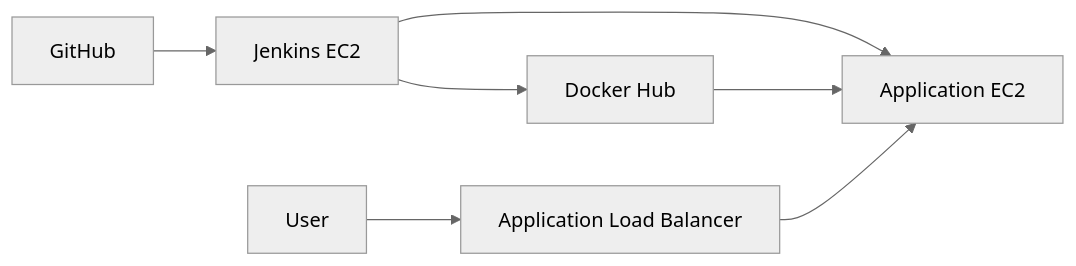
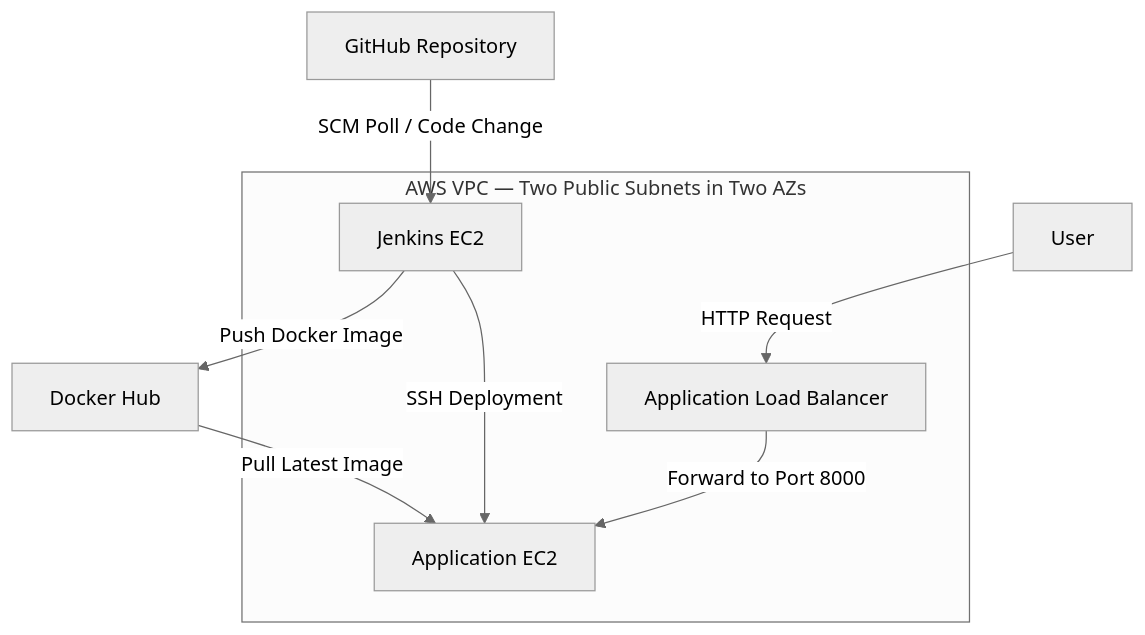
Before and after one commit to mahmood-khalaila/cloudship: the diagram in README.md, drawn with Mermaid (neutral theme).

Commit message:
docs: refine architecture diagram

````diff
--- a/README.md
+++ b/README.md
@@ -7,9 +7,20 @@
 ```mermaid
-flowchart LR
-    GitHub["GitHub"] --> Jenkins["Jenkins EC2"]
-    Jenkins --> DockerHub["Docker Hub"]
-    Jenkins --> App["Application EC2"]
-    DockerHub --> App
-    User["User"] --> ALB["Application Load Balancer"]
-    ALB --> App
+flowchart TB
+    GitHub["GitHub Repository"]
+
+    subgraph VPC["AWS VPC — Two Public Subnets in Two AZs"]
+        Jenkins["Jenkins EC2"]
+        ALB["Application Load Balancer"]
+        App["Application EC2"]
+    end
+
+    DockerHub["Docker Hub"]
+    User["User"]
+
+    GitHub -->|SCM Poll / Code Change| Jenkins
+    Jenkins -->|Push Docker Image| DockerHub
+    Jenkins -->|SSH Deployment| App
+    DockerHub -->|Pull Latest Image| App
+    User -->|HTTP Request| ALB
+    ALB -->|Forward to Port 8000| App
 ```
````
